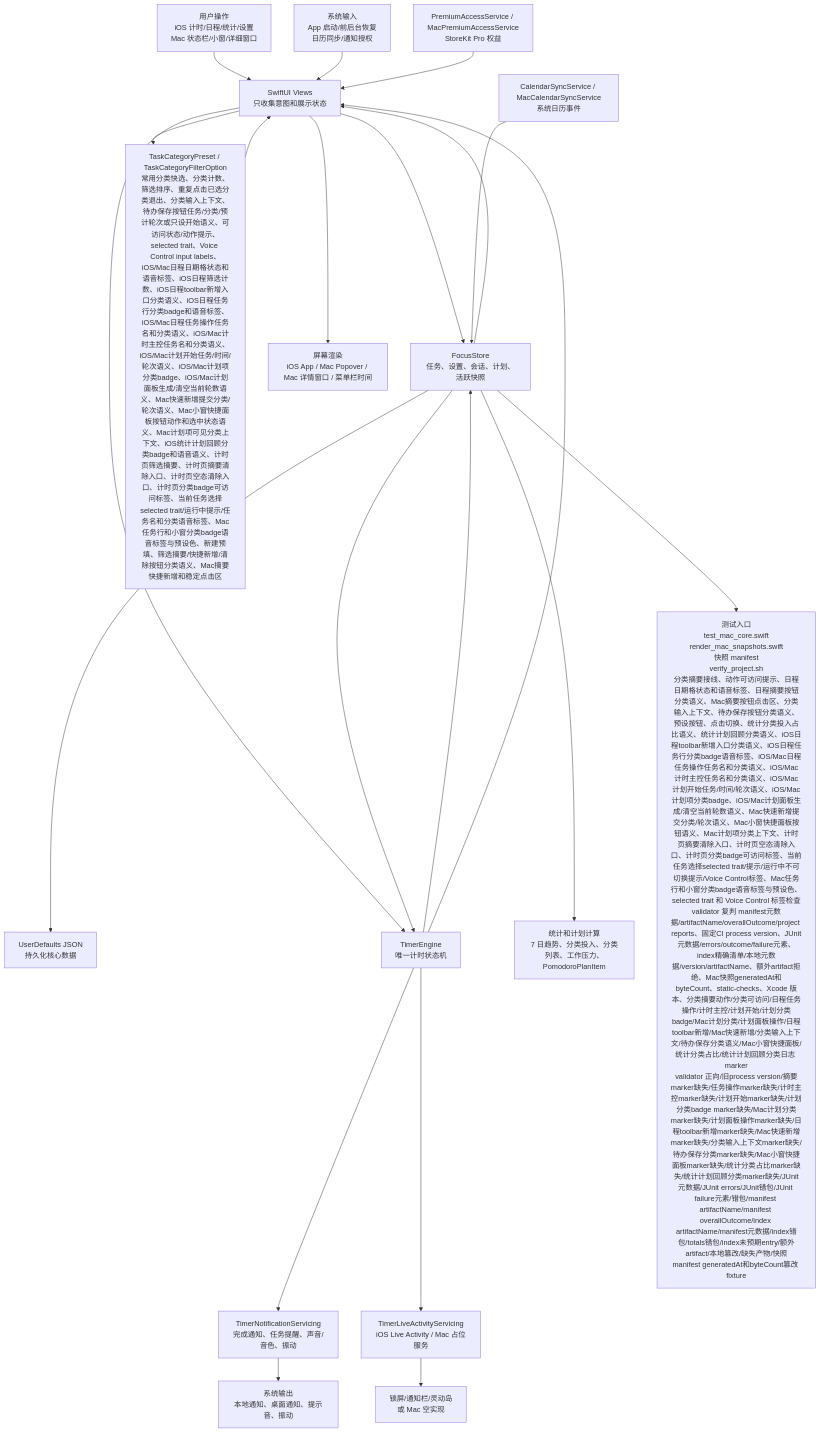
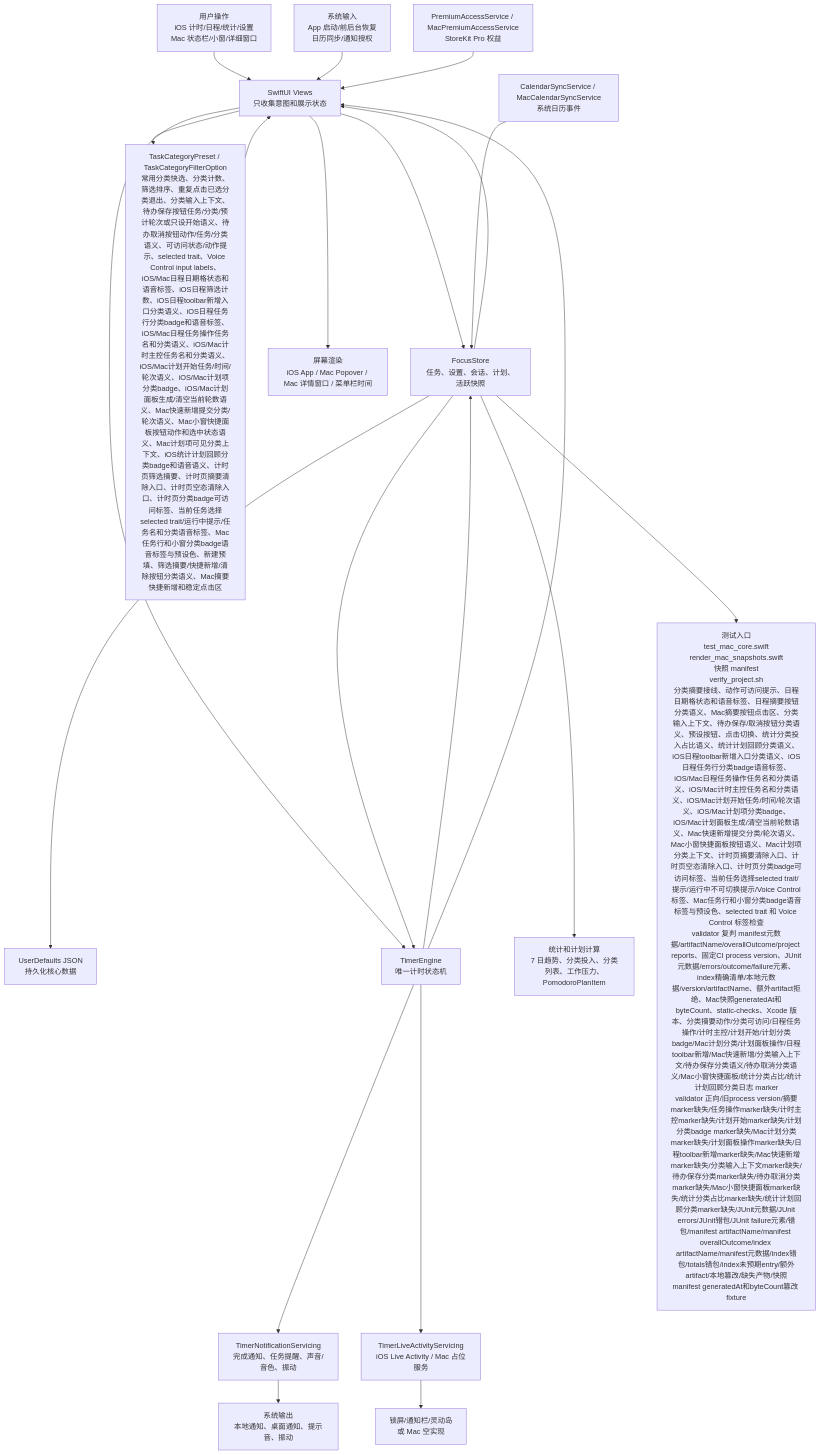
The first of 6 diagrams in md/flow/flowchart.md (Altman-sam114/114), drawn with Mermaid before and after one commit. The commit also changed other lines of this file and 8 other files, not shown here.

````diff
--- a/md/flow/flowchart.md
+++ b/md/flow/flowchart.md
@@ -9,23 +9,23 @@
 ```mermaid
 flowchart TD
   U["用户操作<br/>iOS 计时/日程/统计/设置<br/>Mac 状态栏/小窗/详细窗口"] --> V["SwiftUI Views<br/>只收集意图和展示状态"]
   SYS["系统输入<br/>App 启动/前后台恢复<br/>日历同步/通知授权"] --> V
   V --> S["FocusStore<br/>任务、设置、会话、计划、活跃快照"]
-  V --> CAT["TaskCategoryPreset / TaskCategoryFilterOption<br/>常用分类快选、分类计数、筛选排序、重复点击已选分类退出、分类输入上下文、待办保存按钮任务/分类/预计轮次或只设开始语义、可访问状态/动作提示、selected trait、Voice Control input labels、iOS/Mac日程日期格状态和语音标签、iOS日程筛选计数、iOS日程toolbar新增入口分类语义、iOS日程任务行分类badge和语音标签、iOS/Mac日程任务操作任务名和分类语义、iOS/Mac计时主控任务名和分类语义、iOS/Mac计划开始任务/时间/轮次语义、iOS/Mac计划项分类badge、iOS/Mac计划面板生成/清空当前轮数语义、Mac快速新增提交分类/轮次语义、Mac小窗快捷面板按钮动作和选中状态语义、Mac计划项可见分类上下文、iOS统计计划回顾分类badge和语音语义、计时页筛选摘要、计时页摘要清除入口、计时页空态清除入口、计时页分类badge可访问标签、当前任务选择selected trait/运行中提示/任务名和分类语音标签、Mac任务行和小窗分类badge语音标签与预设色、新建预填、筛选摘要/快捷新增/清除按钮分类语义、Mac摘要快捷新增和稳定点击区"]
+  V --> CAT["TaskCategoryPreset / TaskCategoryFilterOption<br/>常用分类快选、分类计数、筛选排序、重复点击已选分类退出、分类输入上下文、待办保存按钮任务/分类/预计轮次或只设开始语义、待办取消按钮动作/任务/分类语义、可访问状态/动作提示、selected trait、Voice Control input labels、iOS/Mac日程日期格状态和语音标签、iOS日程筛选计数、iOS日程toolbar新增入口分类语义、iOS日程任务行分类badge和语音标签、iOS/Mac日程任务操作任务名和分类语义、iOS/Mac计时主控任务名和分类语义、iOS/Mac计划开始任务/时间/轮次语义、iOS/Mac计划项分类badge、iOS/Mac计划面板生成/清空当前轮数语义、Mac快速新增提交分类/轮次语义、Mac小窗快捷面板按钮动作和选中状态语义、Mac计划项可见分类上下文、iOS统计计划回顾分类badge和语音语义、计时页筛选摘要、计时页摘要清除入口、计时页空态清除入口、计时页分类badge可访问标签、当前任务选择selected trait/运行中提示/任务名和分类语音标签、Mac任务行和小窗分类badge语音标签与预设色、新建预填、筛选摘要/快捷新增/清除按钮分类语义、Mac摘要快捷新增和稳定点击区"]
   CAT --> V
   S --> P["UserDefaults JSON<br/>持久化核心数据"]
   V --> E["TimerEngine<br/>唯一计时状态机"]
   S --> E
   E --> S
   E --> N["TimerNotificationServicing<br/>完成通知、任务提醒、声音/音色、振动"]
   E --> L["TimerLiveActivityServicing<br/>iOS Live Activity / Mac 占位服务"]
   S --> C["统计和计划计算<br/>7 日趋势、分类投入、分类列表、工作压力、PomodoroPlanItem"]
   CAL["CalendarSyncService / MacCalendarSyncService<br/>系统日历事件"] --> S
   PRO["PremiumAccessService / MacPremiumAccessService<br/>StoreKit Pro 权益"] --> V
   S --> V
   E --> V
   V --> OUT["屏幕渲染<br/>iOS App / Mac Popover / Mac 详情窗口 / 菜单栏时间"]
   N --> OUT2["系统输出<br/>本地通知、桌面通知、提示音、振动"]
   L --> OUT3["锁屏/通知栏/灵动岛<br/>或 Mac 空实现"]
-  S --> T["测试入口<br/>test_mac_core.swift<br/>render_mac_snapshots.swift<br/>快照 manifest<br/>verify_project.sh<br/>分类摘要接线、动作可访问提示、日程日期格状态和语音标签、日程摘要按钮分类语义、Mac摘要按钮点击区、分类输入上下文、待办保存按钮分类语义、预设按钮、点击切换、统计分类投入占比语义、统计计划回顾分类语义、iOS日程toolbar新增入口分类语义、iOS日程任务行分类badge语音标签、iOS/Mac日程任务操作任务名和分类语义、iOS/Mac计时主控任务名和分类语义、iOS/Mac计划开始任务/时间/轮次语义、iOS/Mac计划项分类badge、iOS/Mac计划面板生成/清空当前轮数语义、Mac快速新增提交分类/轮次语义、Mac小窗快捷面板按钮语义、Mac计划项分类上下文、计时页摘要清除入口、计时页空态清除入口、计时页分类badge可访问标签、当前任务选择selected trait/提示/运行中不可切换提示/Voice Control标签、Mac任务行和小窗分类badge语音标签与预设色、selected trait 和 Voice Control 标签检查<br/>validator 复判 manifest元数据/artifactName/overallOutcome/project reports、固定CI process version、JUnit元数据/errors/outcome/failure元素、index精确清单/本地元数据/version/artifactName、额外artifact拒绝、Mac快照generatedAt和byteCount、static-checks、Xcode 版本、分类摘要动作/分类可访问/日程任务操作/计时主控/计划开始/计划分类badge/Mac计划分类/计划面板操作/日程toolbar新增/Mac快速新增/分类输入上下文/待办保存分类语义/Mac小窗快捷面板/统计分类占比/统计计划回顾分类日志 marker<br/>validator 正向/旧process version/摘要marker缺失/任务操作marker缺失/计时主控marker缺失/计划开始marker缺失/计划分类badge marker缺失/Mac计划分类marker缺失/计划面板操作marker缺失/日程toolbar新增marker缺失/Mac快速新增marker缺失/分类输入上下文marker缺失/待办保存分类marker缺失/Mac小窗快捷面板marker缺失/统计分类占比marker缺失/统计计划回顾分类marker缺失/JUnit元数据/JUnit errors/JUnit错包/JUnit failure元素/错包/manifest artifactName/manifest overallOutcome/index artifactName/manifest元数据/index错包/totals错包/index未预期entry/额外artifact/本地篡改/缺失产物/快照manifest generatedAt和byteCount篡改 fixture"]
+  S --> T["测试入口<br/>test_mac_core.swift<br/>render_mac_snapshots.swift<br/>快照 manifest<br/>verify_project.sh<br/>分类摘要接线、动作可访问提示、日程日期格状态和语音标签、日程摘要按钮分类语义、Mac摘要按钮点击区、分类输入上下文、待办保存/取消按钮分类语义、预设按钮、点击切换、统计分类投入占比语义、统计计划回顾分类语义、iOS日程toolbar新增入口分类语义、iOS日程任务行分类badge语音标签、iOS/Mac日程任务操作任务名和分类语义、iOS/Mac计时主控任务名和分类语义、iOS/Mac计划开始任务/时间/轮次语义、iOS/Mac计划项分类badge、iOS/Mac计划面板生成/清空当前轮数语义、Mac快速新增提交分类/轮次语义、Mac小窗快捷面板按钮语义、Mac计划项分类上下文、计时页摘要清除入口、计时页空态清除入口、计时页分类badge可访问标签、当前任务选择selected trait/提示/运行中不可切换提示/Voice Control标签、Mac任务行和小窗分类badge语音标签与预设色、selected trait 和 Voice Control 标签检查<br/>validator 复判 manifest元数据/artifactName/overallOutcome/project reports、固定CI process version、JUnit元数据/errors/outcome/failure元素、index精确清单/本地元数据/version/artifactName、额外artifact拒绝、Mac快照generatedAt和byteCount、static-checks、Xcode 版本、分类摘要动作/分类可访问/日程任务操作/计时主控/计划开始/计划分类badge/Mac计划分类/计划面板操作/日程toolbar新增/Mac快速新增/分类输入上下文/待办保存分类语义/待办取消分类语义/Mac小窗快捷面板/统计分类占比/统计计划回顾分类日志 marker<br/>validator 正向/旧process version/摘要marker缺失/任务操作marker缺失/计时主控marker缺失/计划开始marker缺失/计划分类badge marker缺失/Mac计划分类marker缺失/计划面板操作marker缺失/日程toolbar新增marker缺失/Mac快速新增marker缺失/分类输入上下文marker缺失/待办保存分类marker缺失/待办取消分类marker缺失/Mac小窗快捷面板marker缺失/统计分类占比marker缺失/统计计划回顾分类marker缺失/JUnit元数据/JUnit errors/JUnit错包/JUnit failure元素/错包/manifest artifactName/manifest overallOutcome/index artifactName/manifest元数据/index错包/totals错包/index未预期entry/额外artifact/本地篡改/缺失产物/快照manifest generatedAt和byteCount篡改 fixture"]
 ```
````
